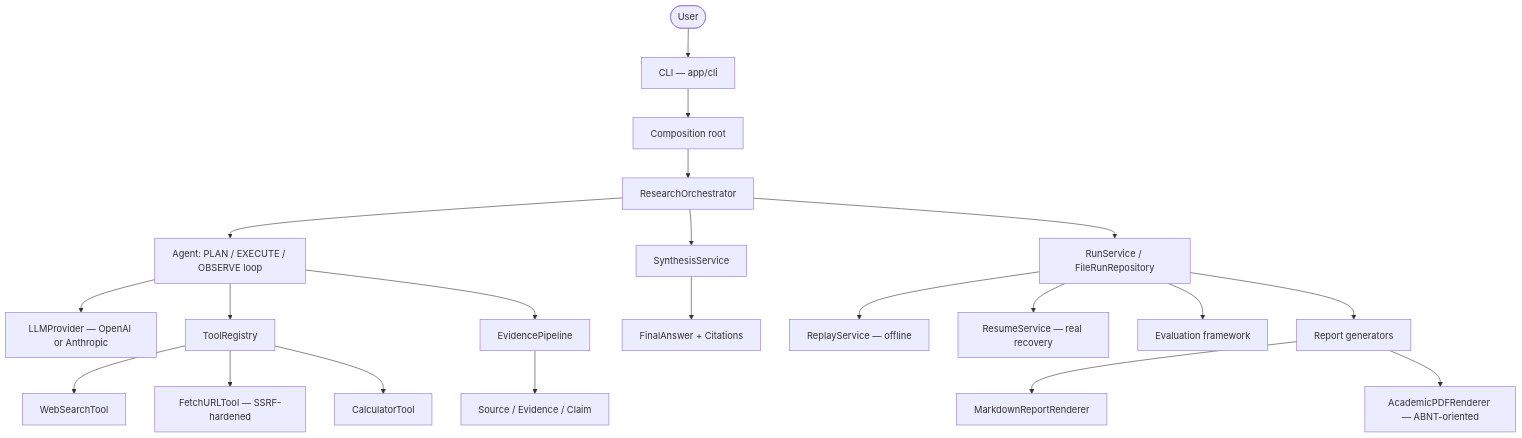
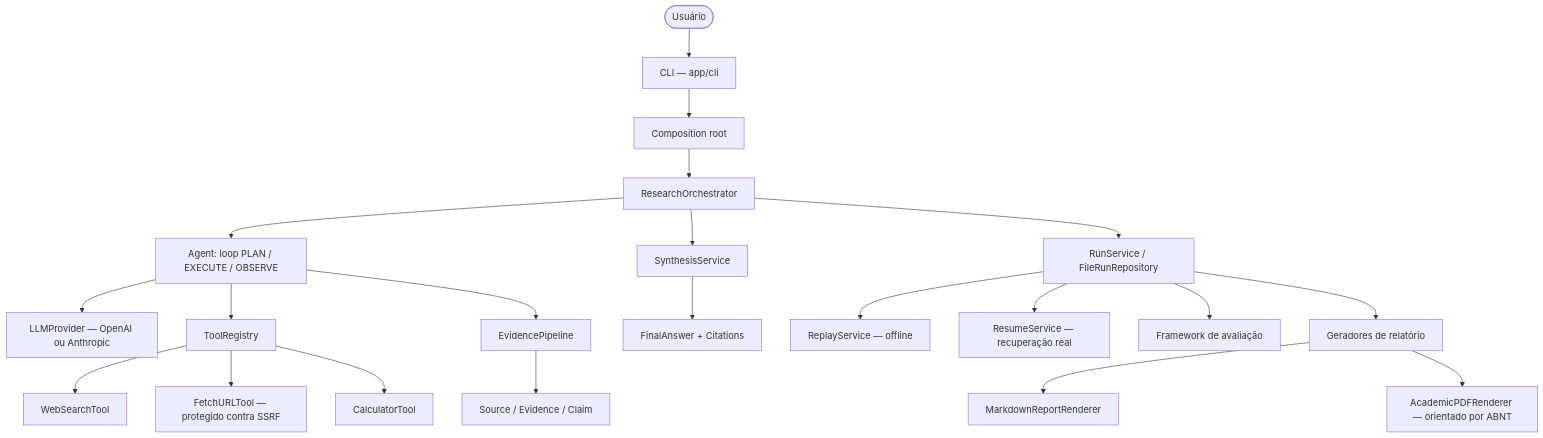
One commit to leonardotteixeira/ai-research-agent changed the first of 3 diagrams in README.md. Above: the diagram before and after it, drawn with Mermaid. The commit also changed other lines of this file and 2 other files, not shown here.

Commit message:
Initial commit: AI Research Agent

````diff
--- a/README.md
+++ b/README.md
@@ -90,23 +90,23 @@
 ```mermaid
 flowchart TD
-    User([User]) --> CLI[CLI — app/cli]
+    User([Usuário]) --> CLI[CLI — app/cli]
     CLI --> Composition[Composition root]
     Composition --> Orchestrator[ResearchOrchestrator]
-    Orchestrator --> Agent[Agent: PLAN / EXECUTE / OBSERVE loop]
-    Agent --> LLM[LLMProvider — OpenAI or Anthropic]
+    Orchestrator --> Agent[Agent: loop PLAN / EXECUTE / OBSERVE]
+    Agent --> LLM[LLMProvider — OpenAI ou Anthropic]
     Agent --> Tools[ToolRegistry]
     Tools --> WebSearch[WebSearchTool]
-    Tools --> FetchURL[FetchURLTool — SSRF-hardened]
+    Tools --> FetchURL[FetchURLTool — protegido contra SSRF]
     Tools --> Calculator[CalculatorTool]
     Agent --> Evidence[EvidencePipeline]
     Evidence --> EvidenceGraph[Source / Evidence / Claim]
     Orchestrator --> Synthesis[SynthesisService]
     Synthesis --> Answer[FinalAnswer + Citations]
     Orchestrator --> Persistence[RunService / FileRunRepository]
     Persistence --> Replay[ReplayService — offline]
-    Persistence --> Resume[ResumeService — real recovery]
-    Persistence --> Evaluation[Evaluation framework]
-    Persistence --> Reports[Report generators]
+    Persistence --> Resume[ResumeService — recuperação real]
+    Persistence --> Evaluation[Framework de avaliação]
+    Persistence --> Reports[Geradores de relatório]
     Reports --> Markdown[MarkdownReportRenderer]
-    Reports --> Academic[AcademicPDFRenderer — ABNT-oriented]
+    Reports --> Academic[AcademicPDFRenderer — orientado por ABNT]
 ```
````
